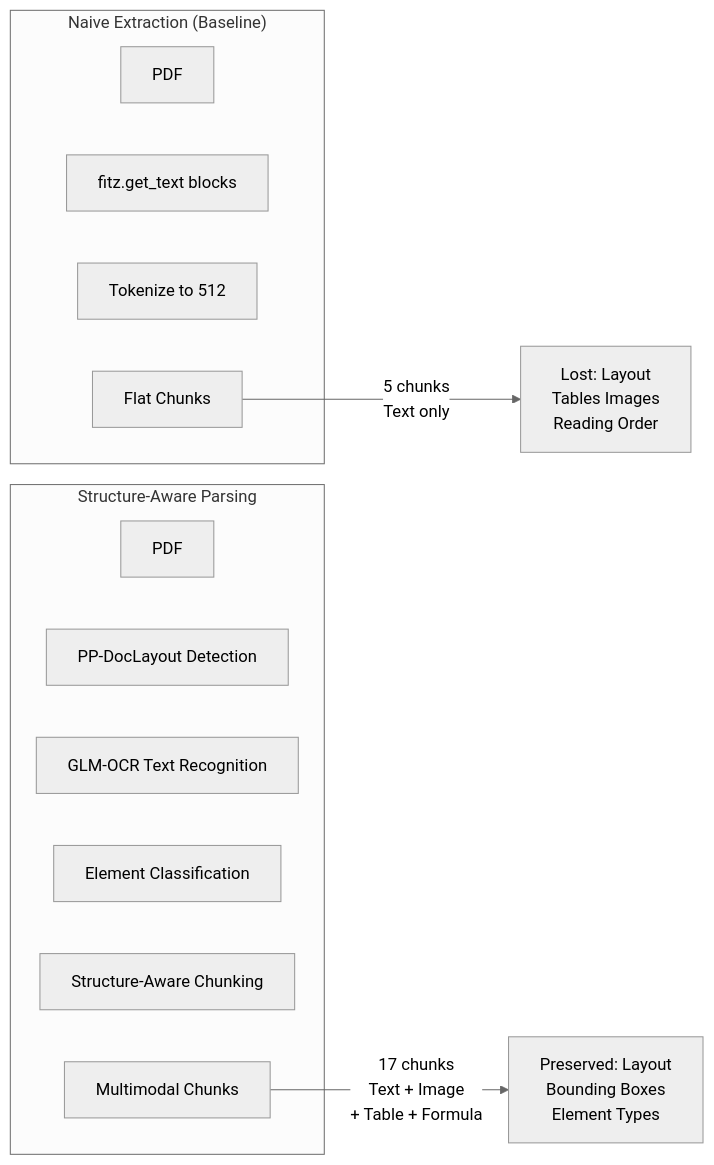
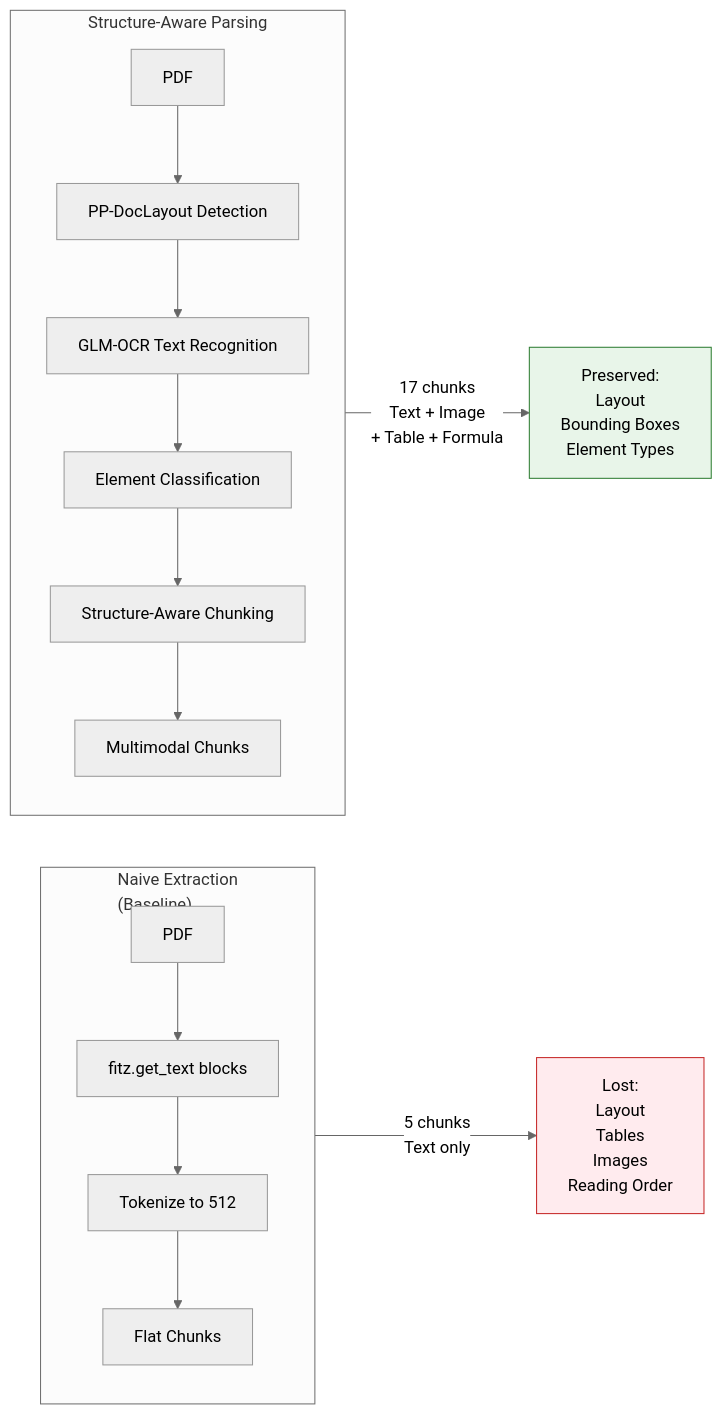
One commit to mohitagr18/multimodal_rag_article changed the second of 10 diagrams in workflow.md. Above: the diagram before and after it, drawn with Mermaid (neutral theme). The commit also changed other lines of this file and 1 other file, not shown here.

````diff
--- a/workflow.md
+++ b/workflow.md
@@ -57,21 +64,18 @@
 ```mermaid
 flowchart LR
-    subgraph Naive["Naive Extraction (Baseline)"]
-        NB1[PDF]
-        NB2[fitz.get_text blocks]
-        NB3[Tokenize to 512]
-        NB4[Flat Chunks]
+    subgraph Naive["Naive Extraction<br/>(Baseline)"]
+        direction TB
+        NB1[PDF] --> NB2[fitz.get_text blocks] --> NB3[Tokenize to 512] --> NB4[Flat Chunks]
     end
 
     subgraph StructureAware["Structure-Aware Parsing"]
-        SA1[PDF]
-        SA2[PP-DocLayout Detection]
-        SA3[GLM-OCR Text Recognition]
-        SA4[Element Classification]
-        SA5[Structure-Aware Chunking]
-        SA6[Multimodal Chunks]
+        direction TB
+        SA1[PDF] --> SA2[PP-DocLayout Detection] --> SA3[GLM-OCR Text Recognition] --> SA4[Element Classification] --> SA5[Structure-Aware Chunking] --> SA6[Multimodal Chunks]
     end
 
-    NB4 -->|"5 chunks<br/>Text only"| Result1[Lost: Layout<br/>Tables Images<br/>Reading Order]
-    SA6 -->|"17 chunks<br/>Text + Image<br/>+ Table + Formula"| Result2[Preserved: Layout<br/>Bounding Boxes<br/>Element Types]
+    NB4 -->|"5 chunks<br/>Text only"| Result1["Lost:<br/>Layout<br/>Tables<br/>Images<br/>Reading Order"]
+    SA6 -->|"17 chunks<br/>Text + Image<br/>+ Table + Formula"| Result2["Preserved:<br/>Layout<br/>Bounding Boxes<br/>Element Types"]
+
+    style Result1 fill:#ffebee,stroke:#c62828
+    style Result2 fill:#e8f5e9,stroke:#2e7d32
 ```
````
